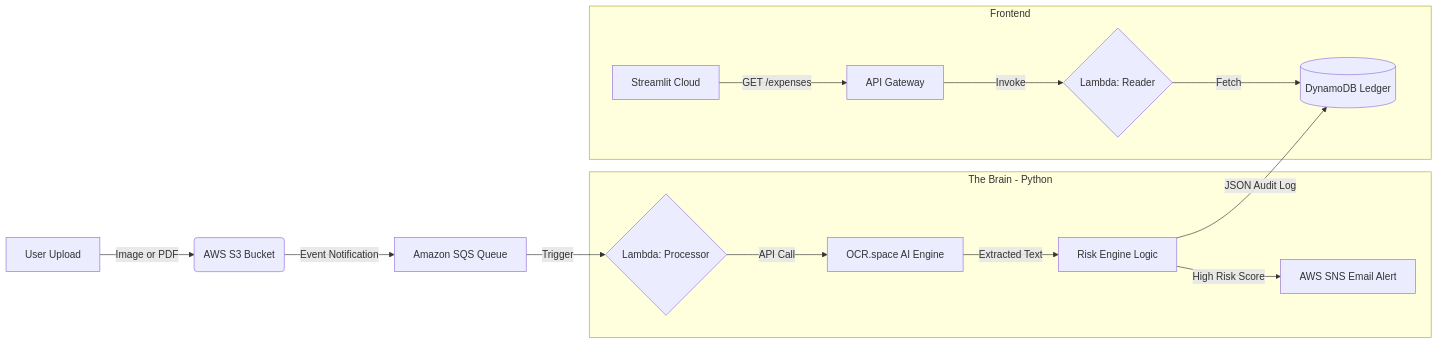
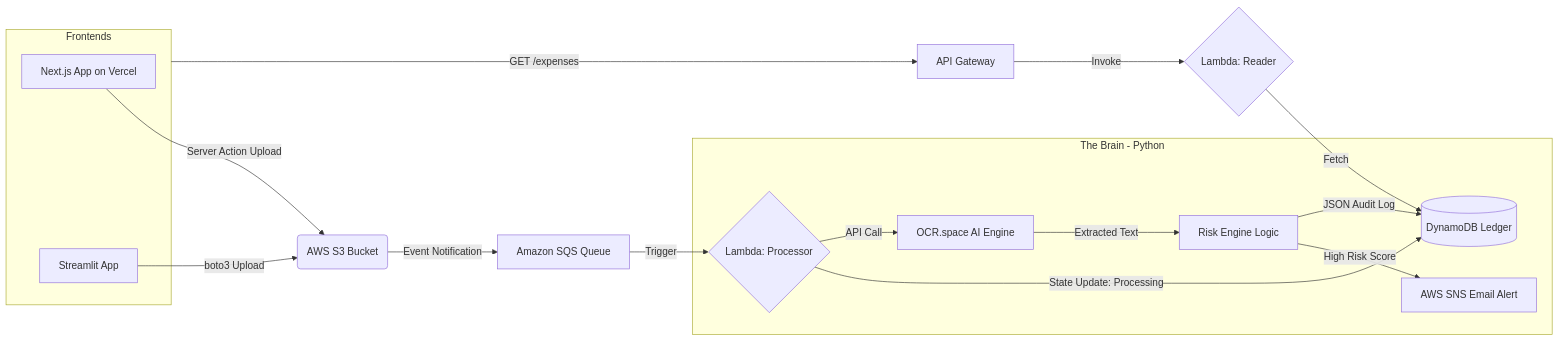
One commit to Tannishaa/bill-e-audit changed the diagram in README.md. Above: the diagram before and after it, drawn with Mermaid. The commit also changed other lines of this file and 2 other files, not shown here.

````diff
--- a/README.md
+++ b/README.md
@@ -19,20 +19,26 @@
 ```mermaid
 graph LR
-    User[User Upload] -->|Image or PDF| S3(AWS S3 Bucket)
+    subgraph Frontends [Frontends]
+        Next[Next.js App on Vercel]
+        Stream[Streamlit App]
+    end
+
+    Next -->|Server Action Upload| S3(AWS S3 Bucket)
+    Stream -->|boto3 Upload| S3
+    
     S3 -->|Event Notification| SQS[Amazon SQS Queue]
     SQS -->|Trigger| Lambda{Lambda: Processor}
     
     subgraph Brain [The Brain - Python]
+        Lambda -->|State Update: Processing| DB
         Lambda -->|API Call| OCR[OCR.space AI Engine]
         OCR -->|Extracted Text| Risk[Risk Engine Logic]
         Risk -- High Risk Score --> SNS[AWS SNS Email Alert]
     end
     
     Risk -->|JSON Audit Log| DB[(DynamoDB Ledger)]
     
-    subgraph Frontend [Frontend]
-        Dash[Streamlit Cloud] -->|GET /expenses| API[API Gateway]
-        API -->|Invoke| Reader{Lambda: Reader}
-        Reader -->|Fetch| DB
-    end
+    Frontends -->|GET /expenses| API[API Gateway]
+    API -->|Invoke| Reader{Lambda: Reader}
+    Reader -->|Fetch| DB
 ```
````
